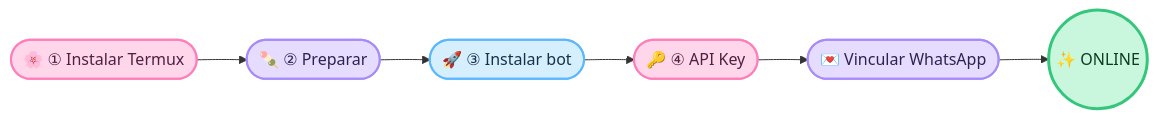
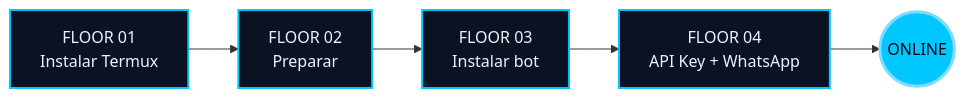
The diagram in README.md (eliac-d/dix-bot), drawn with Mermaid before and after one commit. The commit also changed other lines of this file, not shown here.

````diff
--- a/README.md
+++ b/README.md
@@ -224,17 +193,12 @@
 ```mermaid
 flowchart LR
-    A(["🌸 ① Instalar Termux"]) --> B(["🍡 ② Preparar"])
-    B --> C(["🚀 ③ Instalar bot"])
-    C --> D(["🔑 ④ API Key"])
-    D --> E(["💌 Vincular WhatsApp"])
-    E --> F(("✨ ONLINE"))
+    A["FLOOR 01<br/>Instalar Termux"] --> B["FLOOR 02<br/>Preparar"]
+    B --> C["FLOOR 03<br/>Instalar bot"]
+    C --> D["FLOOR 04<br/>API Key + WhatsApp"]
+    D --> E(("ONLINE"))
 
-    classDef pink fill:#ffd6ea,stroke:#ff7eb9,stroke-width:2px,color:#4a2340
-    classDef lila fill:#e6dcff,stroke:#a78bfa,stroke-width:2px,color:#2e2350
-    classDef blue fill:#d6efff,stroke:#5bb8ff,stroke-width:2px,color:#16324a
-    classDef mint fill:#c9f7dd,stroke:#34c77b,stroke-width:3px,color:#0f3b25
-    class A,D pink
-    class B,E lila
-    class C blue
-    class F mint
+    classDef floor fill:#0b1222,stroke:#00c8ff,stroke-width:2px,color:#e6f6ff
+    classDef boss fill:#00c8ff,stroke:#7fdbff,stroke-width:3px,color:#05070d
+    class A,B,C,D floor
+    class E boss
 ```
````
